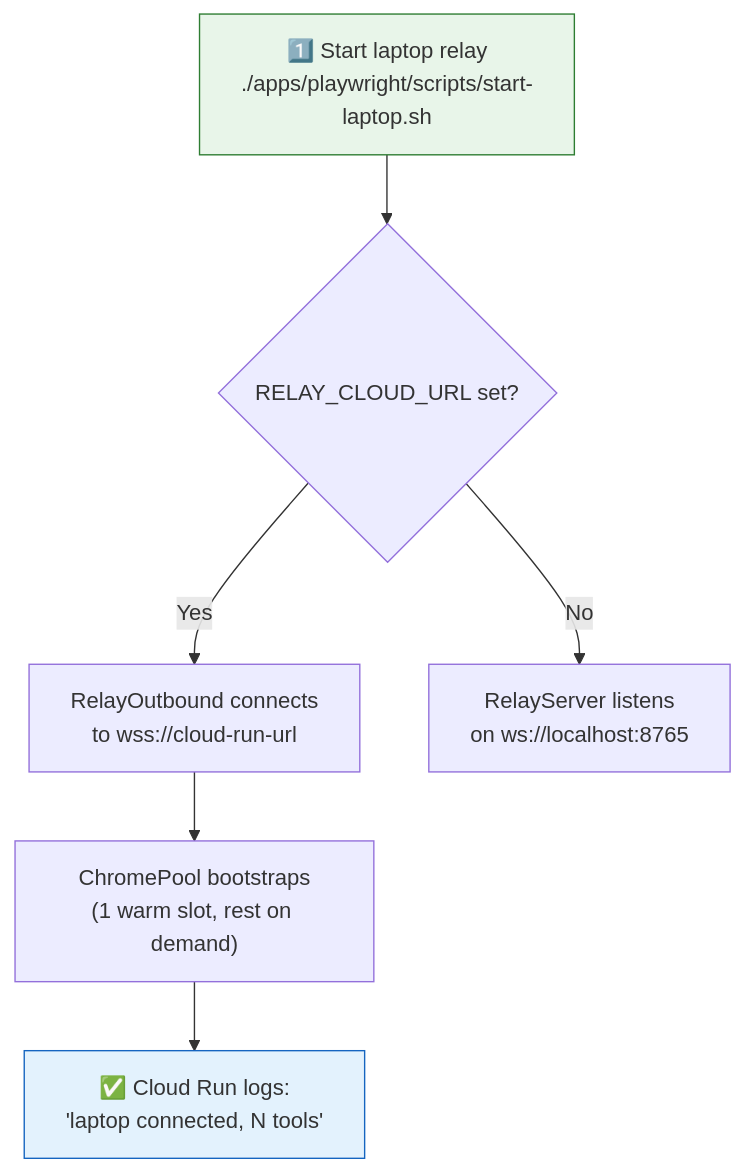
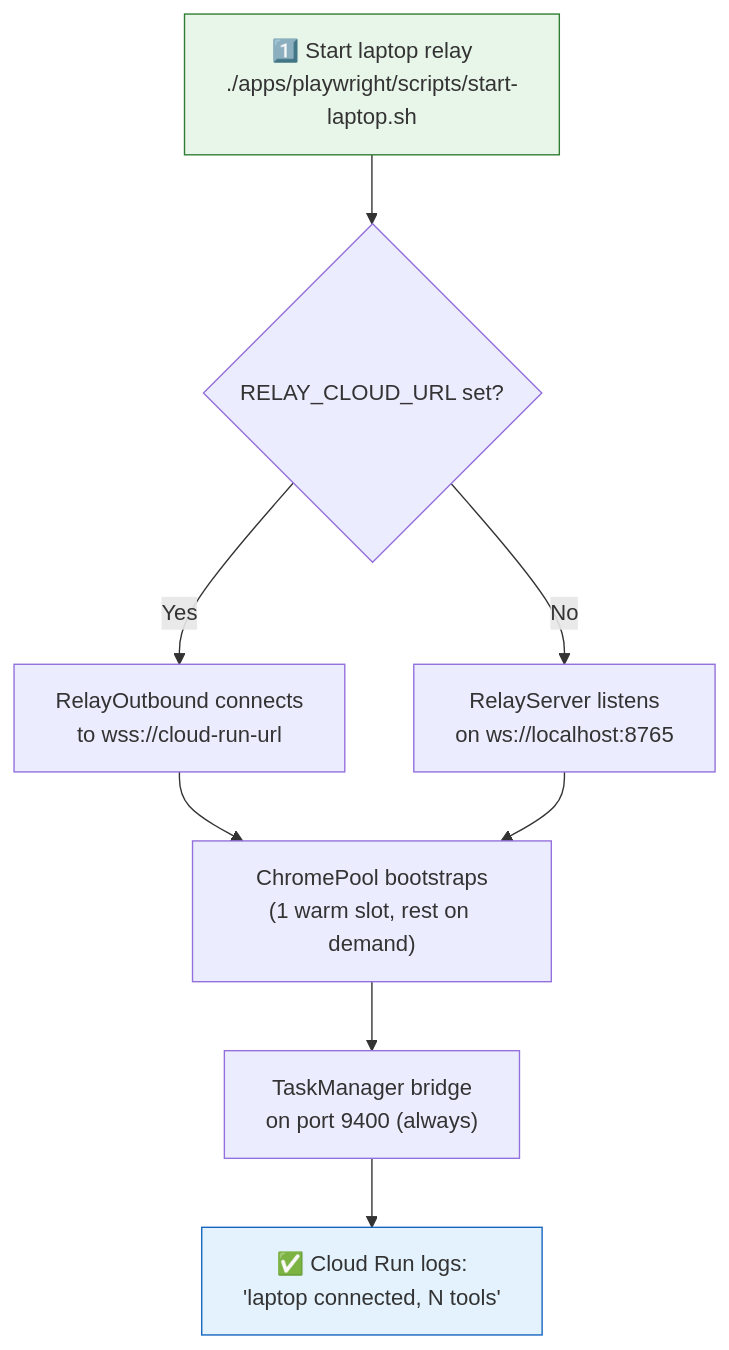
The third of 3 diagrams in docs/DEPLOYMENT.md (rohitsingh30/shofferAi), drawn with Mermaid before and after one commit. The commit also changed other lines of this file and 7 other files, not shown here.

````diff
--- a/docs/DEPLOYMENT.md
+++ b/docs/DEPLOYMENT.md
@@ -135,11 +136,13 @@
 ```mermaid
 graph TD
     A["1️⃣ Start laptop relay<br/>./apps/playwright/scripts/start-laptop.sh"] --> B{"RELAY_CLOUD_URL set?"}
     B -->|"Yes"| C["RelayOutbound connects<br/>to wss://cloud-run-url"]
     B -->|"No"| D["RelayServer listens<br/>on ws://localhost:8765"]
     C --> E["ChromePool bootstraps<br/>(1 warm slot, rest on demand)"]
-    E --> F["✅ Cloud Run logs:<br/>'laptop connected, N tools'"]
+    D --> E
+    E --> G["TaskManager bridge<br/>on port 9400 (always)"]
+    G --> F["✅ Cloud Run logs:<br/>'laptop connected, N tools'"]
     
     style A fill:#e8f5e9,stroke:#2e7d32
     style F fill:#e3f2fd,stroke:#1565c0
 ```
````
